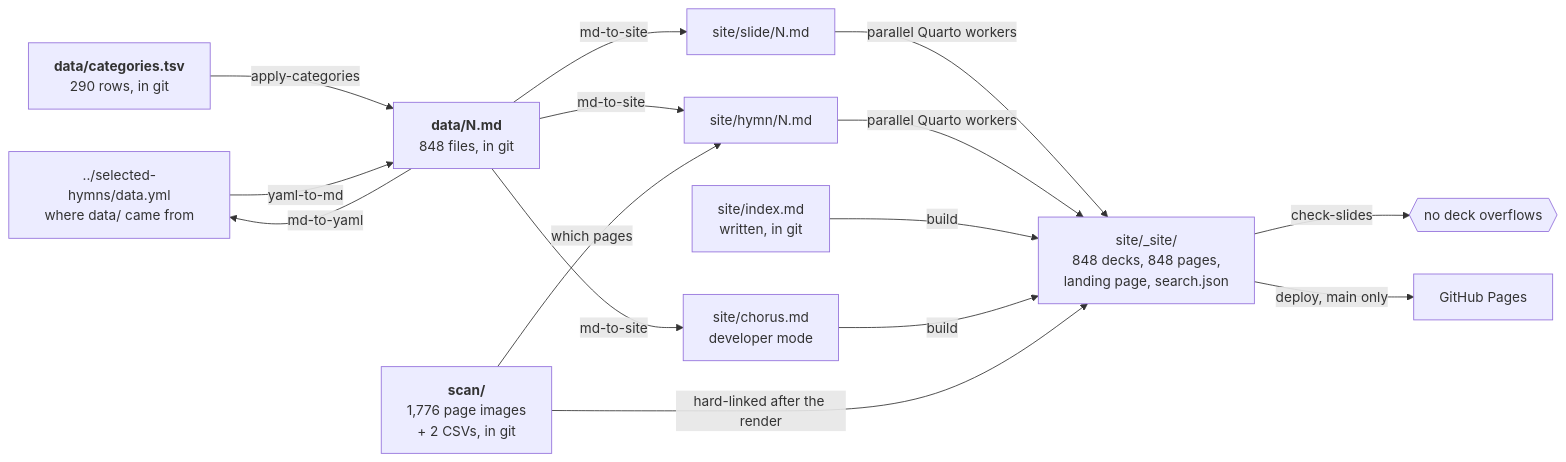
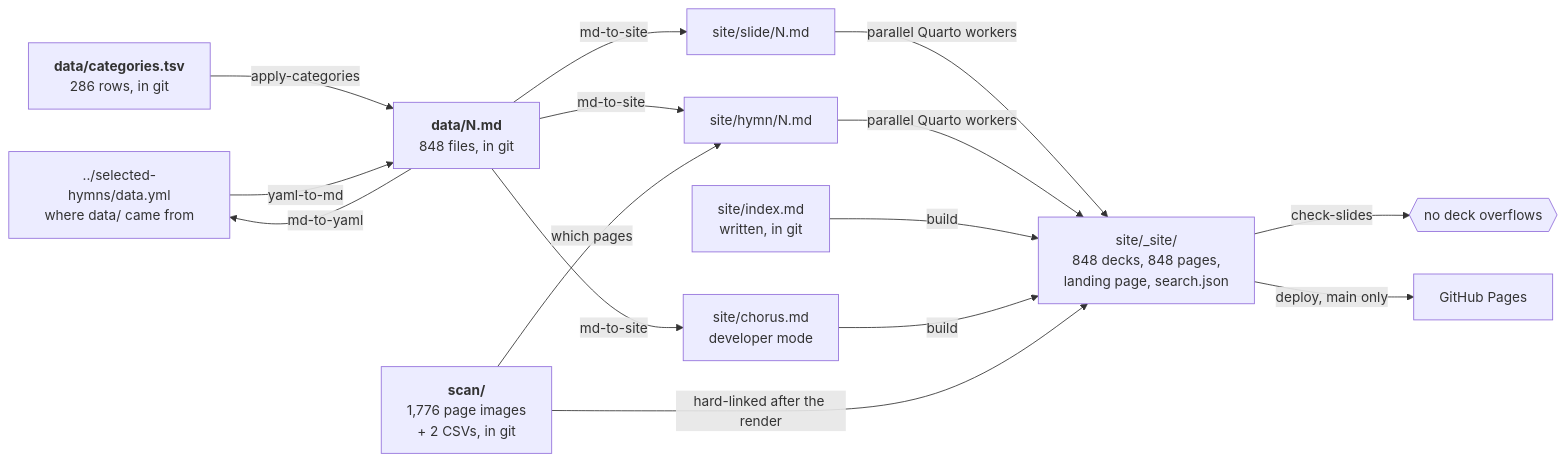
One commit to ickc/selected-hymns-and-songs changed the first of 3 diagrams in DEVELOPER.md. Above: the diagram before and after it, drawn with Mermaid. The commit also changed other lines of this file and 1 other file, not shown here.

````diff
--- a/DEVELOPER.md
+++ b/DEVELOPER.md
@@ -21,28 +23,28 @@
 ```mermaid
 flowchart LR
   yaml["../selected-hymns/data.yml<br/>where data/ came from"]
   md["<b>data/N.md</b><br/>848 files, in git"]
   scan["<b>scan/</b><br/>1,776 page images<br/>+ 2 CSVs, in git"]
-  cats["<b>data/categories.tsv</b><br/>290 rows, in git"]
+  cats["<b>data/categories.tsv</b><br/>286 rows, in git"]
   slide["site/slide/N.md"]
   page["site/hymn/N.md"]
   index["site/index.md<br/>written, in git"]
   chorus["site/chorus.md<br/>developer mode"]
   built["site/_site/<br/>848 decks, 848 pages,<br/>landing page, search.json"]
   pages["GitHub Pages"]
 
   cats -- "apply-categories" --> md
   yaml -- "yaml-to-md" --> md
   md -- "md-to-yaml" --> yaml
   md -- "md-to-site" --> slide
   md -- "md-to-site" --> page
   md -- "md-to-site" --> chorus
   scan -- "which pages" --> page
   slide -- "parallel Quarto workers" --> built
   page -- "parallel Quarto workers" --> built
   index -- "build" --> built
   chorus -- "build" --> built
   scan -- "hard-linked after the render" --> built
   built -- "check-slides" --> checked{{"no deck overflows"}}
   built -- "deploy, main only" --> pages
 ```
````
